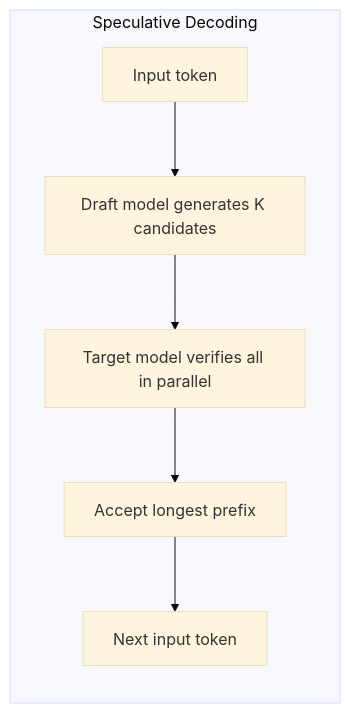
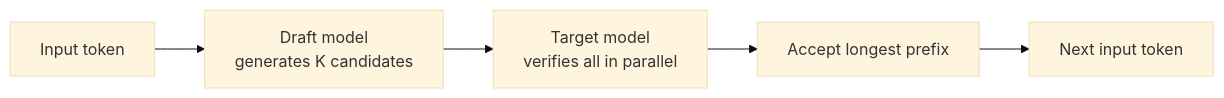
Diagram 25 of 37 in lab0.2/README.md (Shahriarin2garden/vllm_from_scratch), drawn with Mermaid (base theme) before and after one commit. The commit also changed other lines of this file, not shown here.

Commit message:
Refactor diagrams in README.md for improved clarity and consistency

````diff
--- a/lab0.2/README.md
+++ b/lab0.2/README.md
@@ -886,9 +773,7 @@
 ```mermaid
 graph LR
-    subgraph Speculative[Speculative Decoding]
-        A[Input token] --> B[Draft model generates K candidates]
-        B --> C[Target model verifies all in parallel]
-        C --> D[Accept longest prefix]
-        D --> E[Next input token]
-    end
+    A[Input token] --> B["Draft model<br/>generates K candidates"]
+    B --> C["Target model<br/>verifies all in parallel"]
+    C --> D[Accept longest prefix]
+    D --> E[Next input token]
 ```
````
